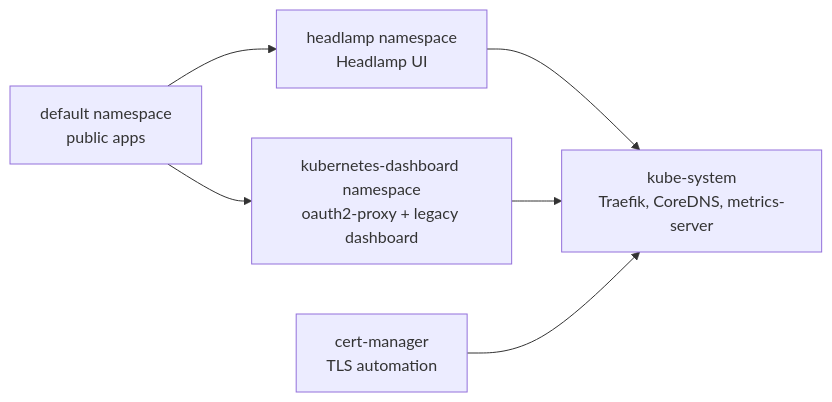
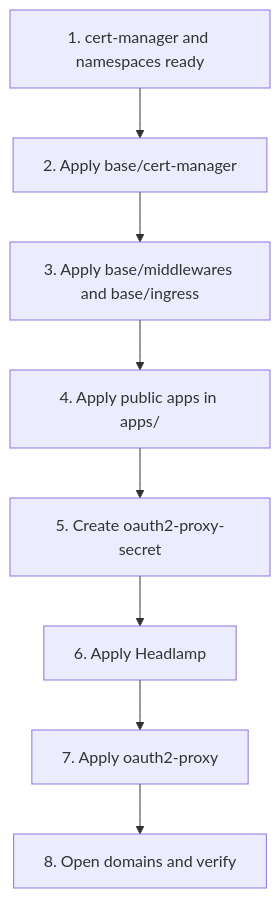
One commit to bookseal/bit-habit-infra changed the fourth of 6 diagrams in README.md. Above: the diagram before and after it, drawn with Mermaid. The commit also changed other lines of this file, not shown here.

Commit message:
Rewrite README for beginner-friendly infra flow

````diff
--- a/README.md
+++ b/README.md
@@ -104,14 +243,13 @@
 ```mermaid
-flowchart LR
-    Default[default namespace<br/>public apps]
-    HeadlampNS[headlamp namespace<br/>Headlamp UI]
-    DashNS[kubernetes-dashboard namespace<br/>oauth2-proxy + legacy dashboard]
-    KubeSystem[kube-system<br/>Traefik, CoreDNS, metrics-server]
-    CertNS[cert-manager<br/>TLS automation]
+flowchart TD
+    A[1. cert-manager and namespaces ready]
+    B[2. Apply base/cert-manager]
+    C[3. Apply base/middlewares and base/ingress]
+    D[4. Apply public apps in apps/]
+    E[5. Create oauth2-proxy-secret]
+    F[6. Apply Headlamp]
+    G[7. Apply oauth2-proxy]
+    H[8. Open domains and verify]
 
-    Default --> HeadlampNS
-    Default --> DashNS
-    HeadlampNS --> KubeSystem
-    DashNS --> KubeSystem
-    CertNS --> KubeSystem
+    A --> B --> C --> D --> E --> F --> G --> H
 ```
````
